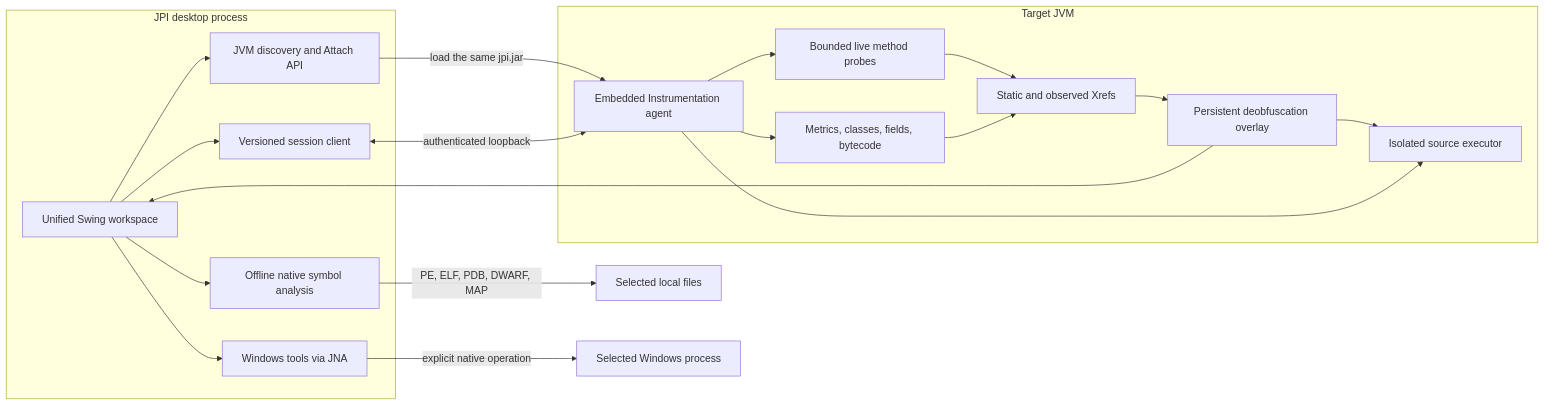
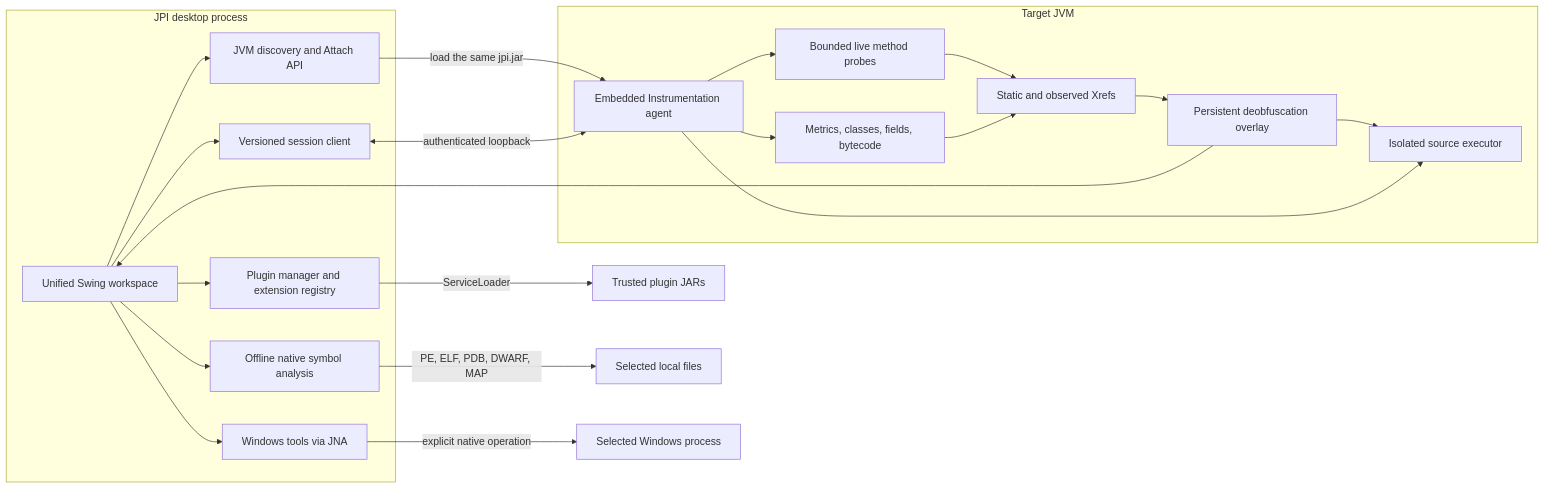
The diagram in README.md (0WhiteDev/Java-Process-Inspector), drawn with Mermaid before and after one commit. The commit also changed other lines of this file and 41 other files, not shown here.

````diff
--- a/README.md
+++ b/README.md
@@ -352,34 +397,37 @@
 ```mermaid
 flowchart LR
   subgraph controller [JPI desktop process]
     GUI[Unified Swing workspace]
     ATTACH[JVM discovery and Attach API]
     CLIENT[Versioned session client]
     WIN[Windows tools via JNA]
     SYMBOLS[Offline native symbol analysis]
+    PLUGINS[Plugin manager and extension registry]
   end
   subgraph target [Target JVM]
     AGENT[Embedded Instrumentation agent]
     INSPECT[Metrics, classes, fields, bytecode]
     TRACE[Bounded live method probes]
     XREF[Static and observed Xrefs]
     MAP[Persistent deobfuscation overlay]
     EXEC[Isolated source executor]
   end
   GUI --> ATTACH
   ATTACH -->|load the same jpi.jar| AGENT
   GUI --> CLIENT
   CLIENT <-->|authenticated loopback| AGENT
   AGENT --> INSPECT
   AGENT --> TRACE
   TRACE --> XREF
   INSPECT --> XREF
   XREF --> MAP
   MAP --> GUI
   MAP --> EXEC
   AGENT --> EXEC
   GUI --> WIN
   GUI --> SYMBOLS
+  GUI --> PLUGINS
+  PLUGINS -->|ServiceLoader| JARS[Trusted plugin JARs]
   SYMBOLS -->|PE, ELF, PDB, DWARF, MAP| FILES[Selected local files]
   WIN -->|explicit native operation| OS[Selected Windows process]
 ```
````
